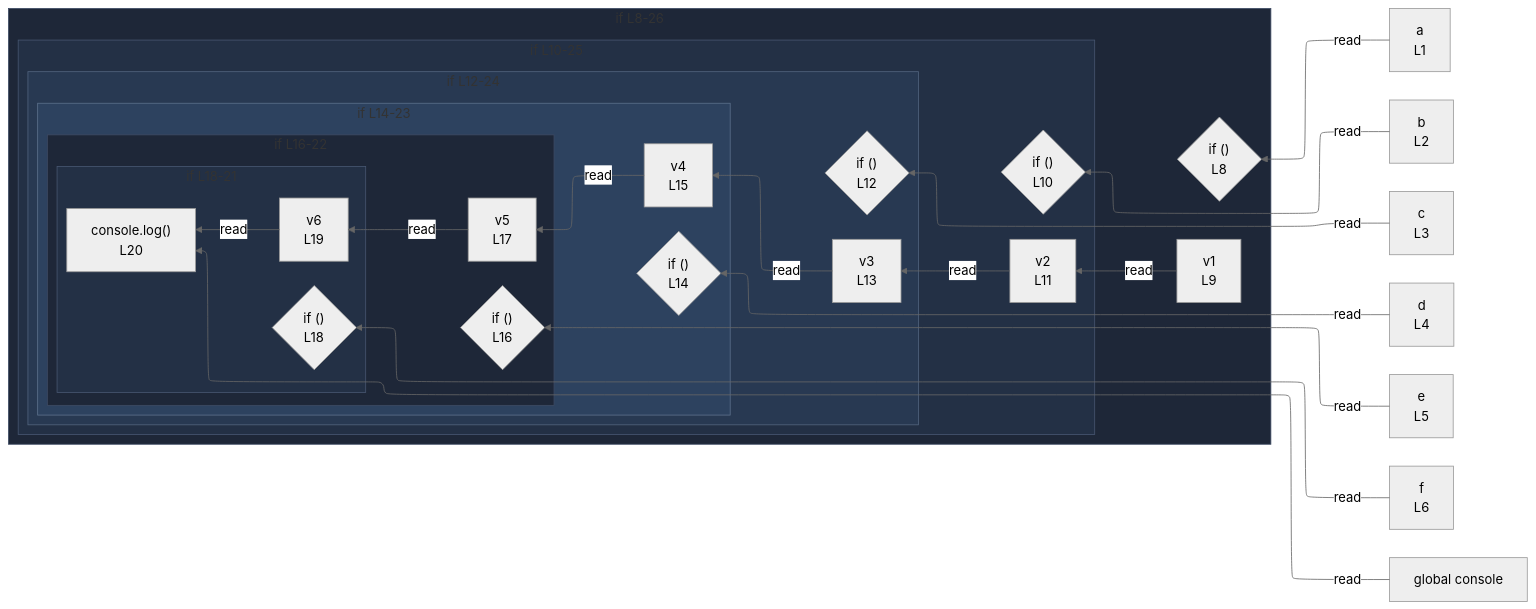
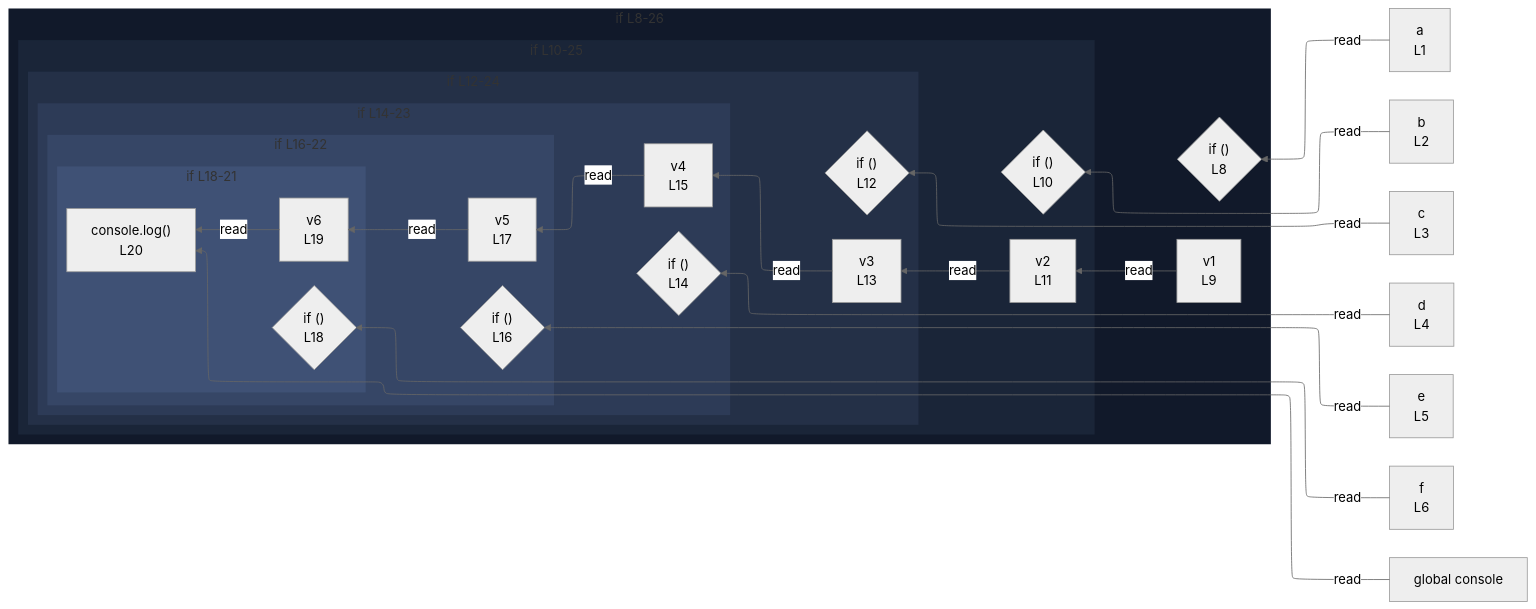
Before and after one commit to crescware/unsnarl: the diagram in integration/fixtures/app-behavior/depth/if/depth-6/preview.md, drawn with Mermaid (neutral theme). The commit also changed 263 other files, not shown here.

````diff
--- a/integration/fixtures/app-behavior/depth/if/depth-6/preview.md
+++ b/integration/fixtures/app-behavior/depth/if/depth-6/preview.md
@@ -42,65 +42,67 @@
 ```mermaid
 %%{init: {"flowchart": {"defaultRenderer": "elk"}}}%%
 flowchart RL
   n_scope_0_a_6["a<br/>L1"]
   n_scope_0_b_22["b<br/>L2"]
   n_scope_0_c_38["c<br/>L3"]
   n_scope_0_d_54["d<br/>L4"]
   n_scope_0_e_70["e<br/>L5"]
   n_scope_0_f_86["f<br/>L6"]
   n_scope_0_console_324["global console"]
   subgraph s_scope_1["if L8-26"]
     direction RL
     if_test_scope_0_97{"if ()<br/>L8"}
     n_scope_1_v1_114["v1<br/>L9"]
     subgraph s_scope_2["if L10-25"]
       direction RL
       if_test_scope_1_124{"if ()<br/>L10"}
       n_scope_2_v2_143["v2<br/>L11"]
       subgraph s_scope_3["if L12-24"]
         direction RL
         if_test_scope_2_156{"if ()<br/>L12"}
         n_scope_3_v3_177["v3<br/>L13"]
         subgraph s_scope_4["if L14-23"]
           direction RL
           if_test_scope_3_192{"if ()<br/>L14"}
           n_scope_4_v4_215["v4<br/>L15"]
           subgraph s_scope_5["if L16-22"]
             direction RL
             if_test_scope_4_232{"if ()<br/>L16"}
             n_scope_5_v5_257["v5<br/>L17"]
             subgraph s_scope_6["if L18-21"]
               direction RL
               if_test_scope_5_276{"if ()<br/>L18"}
               n_scope_6_v6_303["v6<br/>L19"]
               expr_stmt_324["console.log()<br/>L20"]
             end
           end
         end
       end
     end
   end
   n_scope_0_a_6 -->|read| if_test_scope_0_97
   n_scope_0_b_22 -->|read| if_test_scope_1_124
   n_scope_1_v1_114 -->|read| n_scope_2_v2_143
   n_scope_0_c_38 -->|read| if_test_scope_2_156
   n_scope_2_v2_143 -->|read| n_scope_3_v3_177
   n_scope_0_d_54 -->|read| if_test_scope_3_192
   n_scope_3_v3_177 -->|read| n_scope_4_v4_215
   n_scope_0_e_70 -->|read| if_test_scope_4_232
   n_scope_4_v4_215 -->|read| n_scope_5_v5_257
   n_scope_0_f_86 -->|read| if_test_scope_5_276
   n_scope_5_v5_257 -->|read| n_scope_6_v6_303
   n_scope_0_console_324 -->|read| expr_stmt_324
   n_scope_6_v6_303 -->|read| expr_stmt_324
-  classDef nestL1 fill:#1e2738,stroke:#3d4a63;
+  classDef nestL1 fill:#11192a,stroke:transparent;
   class s_scope_1 nestL1;
-  class s_scope_5 nestL1;
-  classDef nestL2 fill:#233045,stroke:#475670;
+  classDef nestL2 fill:#1a2538,stroke:transparent;
   class s_scope_2 nestL2;
-  class s_scope_6 nestL2;
-  classDef nestL3 fill:#283952,stroke:#51637d;
+  classDef nestL3 fill:#243047,stroke:transparent;
   class s_scope_3 nestL3;
-  classDef nestL4 fill:#2d425f,stroke:#5b708a;
+  classDef nestL4 fill:#2d3b57,stroke:transparent;
   class s_scope_4 nestL4;
+  classDef nestL5 fill:#364666,stroke:transparent;
+  class s_scope_5 nestL5;
+  classDef nestL6 fill:#3f5175,stroke:transparent;
+  class s_scope_6 nestL6;
 ```
````
